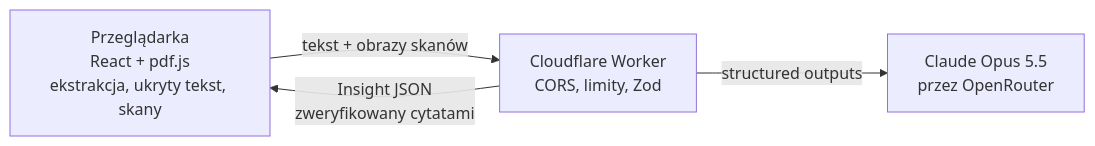
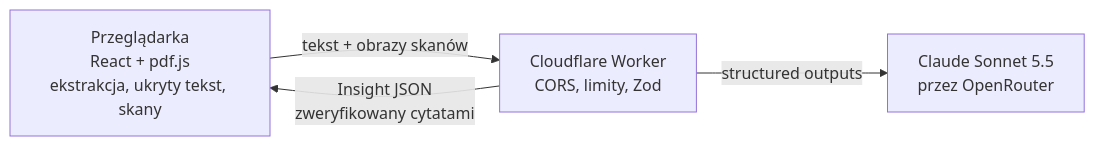
Before and after one commit to posgame3/pdf-insight: the diagram in README.md, drawn with Mermaid. The commit also changed other lines of this file and 17 other files, not shown here.

First line of the commit message:
perf(worker): parallel summary/amounts/dates calls and Claude Sonnet 5.5 by default

````diff
--- a/README.md
+++ b/README.md
@@ -31,6 +31,6 @@
 ```mermaid
 flowchart LR
   A["Przeglądarka<br/>React + pdf.js<br/>ekstrakcja, ukryty tekst, skany"] -- "tekst + obrazy skanów" --> B["Cloudflare Worker<br/>CORS, limity, Zod"]
-  B -- "structured outputs" --> C["Claude Opus 5.5<br/>przez OpenRouter"]
+  B -- "structured outputs" --> C["Claude Sonnet 5.5<br/>przez OpenRouter"]
   B -- "Insight JSON<br/>zweryfikowany cytatami" --> A
 ```
````
